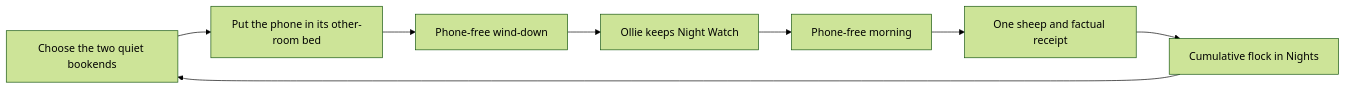
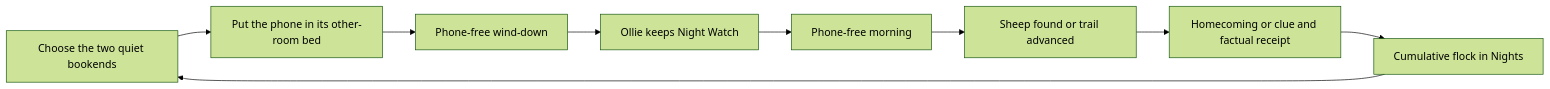
Before and after one commit to papermelon/phone-in-the-other-room: the diagram in docs/REWARDS.md, drawn with Mermaid (forest theme). The commit also changed other lines of this file and 54 other files, not shown here.

````diff
--- a/docs/REWARDS.md
+++ b/docs/REWARDS.md
@@ -9,10 +10,11 @@
 ```mermaid
 flowchart LR
     Plan[Choose the two quiet bookends] --> Away[Put the phone in its other-room bed]
     Away --> Evening[Phone-free wind-down]
     Evening --> Night[Ollie keeps Night Watch]
     Night --> Morning[Phone-free morning]
-    Morning --> Arrival[One sheep and factual receipt]
+    Morning --> Search[Sheep found or trail advanced]
+    Search --> Arrival[Homecoming or clue and factual receipt]
     Arrival --> Nights[Cumulative flock in Nights]
     Nights --> Plan
 ```
````
